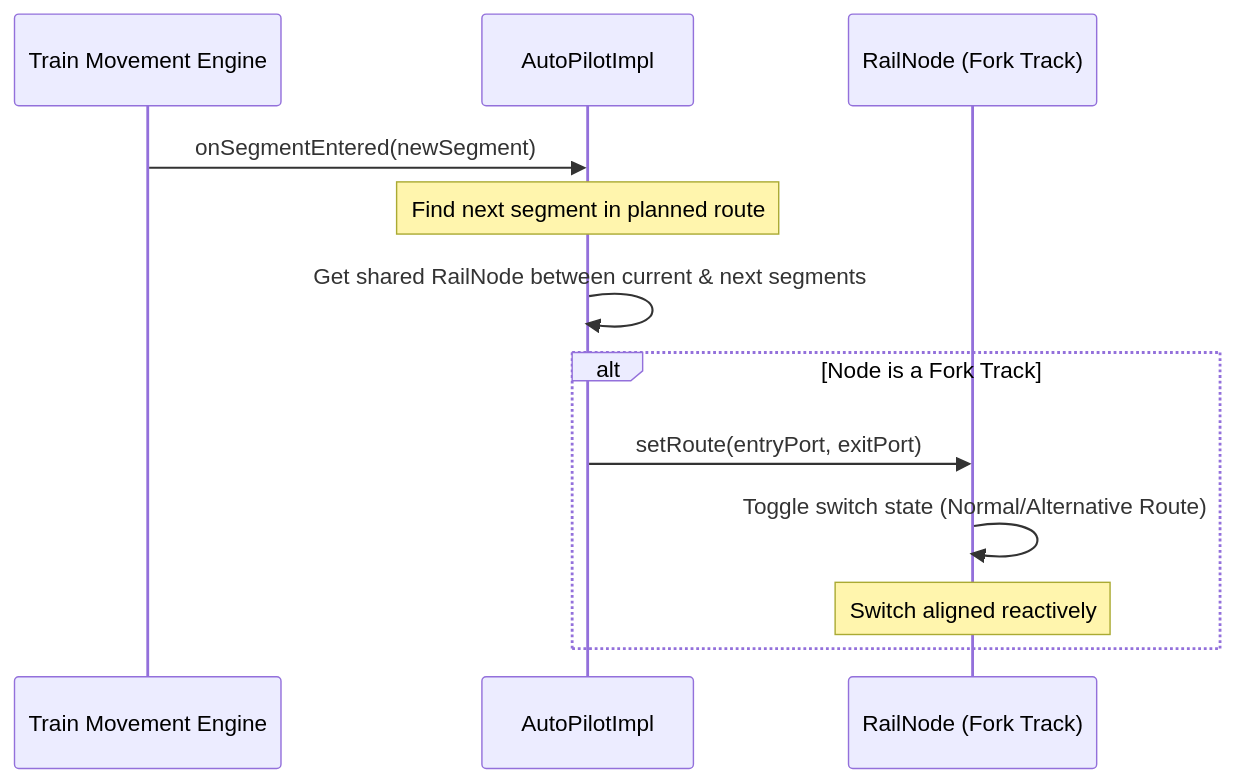
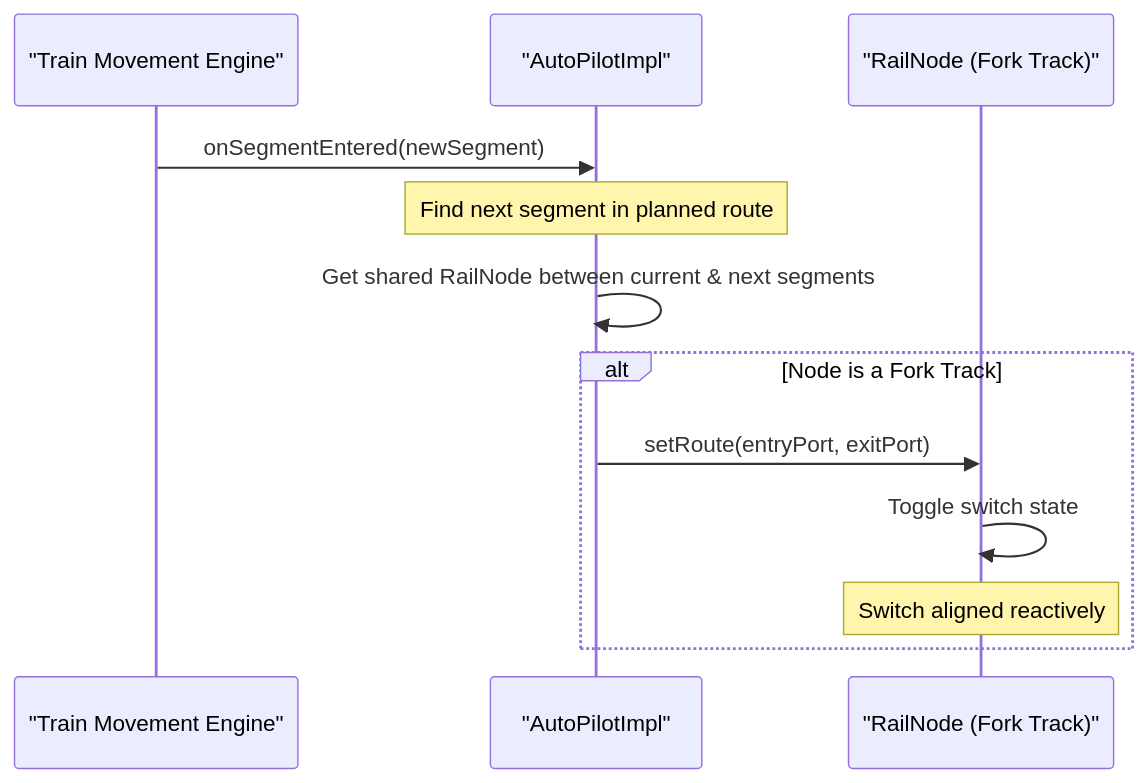
One commit to antoniovazquezaraujo/LeTrain changed the third of 3 diagrams in docs/architecture/AutoPilotAnalysis.md. Above: the diagram before and after it, drawn with Mermaid. The commit also changed other lines of this file, not shown here.

Commit message:
docs: fix Mermaid syntax in AutoPilotAnalysis

````diff
--- a/docs/architecture/AutoPilotAnalysis.md
+++ b/docs/architecture/AutoPilotAnalysis.md
@@ -85,15 +81,15 @@
 ```mermaid
 sequenceDiagram
-    participant Train as Train Movement Engine
-    participant AP as AutoPilotImpl
-    participant Node as RailNode (Fork Track)
+    participant Train as "Train Movement Engine"
+    participant AP as "AutoPilotImpl"
+    participant Node as "RailNode (Fork Track)"
     
     Train->>AP: onSegmentEntered(newSegment)
     Note over AP: Find next segment in planned route
     AP->>AP: Get shared RailNode between current & next segments
     alt Node is a Fork Track
         AP->>Node: setRoute(entryPort, exitPort)
-        Node->>Node: Toggle switch state (Normal/Alternative Route)
+        Node->>Node: Toggle switch state
         Note over Node: Switch aligned reactively
     end
 ```
````
